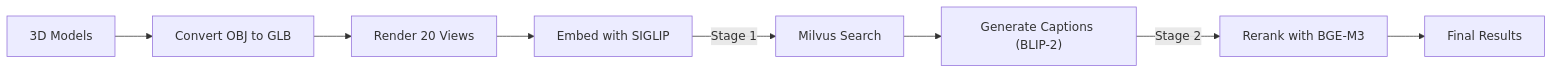
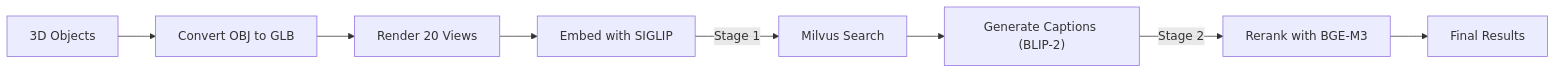
Before and after one commit to longle325/3d-object-retrieval: the diagram in README.md, drawn with Mermaid.

````diff
--- a/README.md
+++ b/README.md
@@ -69,10 +69,10 @@
 ```mermaid
 flowchart LR
-    A["3D Models"] --> B["Convert OBJ to GLB"]
+    A["3D Objects"] --> B["Convert OBJ to GLB"]
     B --> C["Render 20 Views"]
     C --> D["Embed with SIGLIP"]
     D -- "Stage 1" --> E["Milvus Search"]
     E --> F["Generate Captions (BLIP-2)"]
     F -- "Stage 2" --> G["Rerank with BGE-M3"]
     G --> H["Final Results"]
 ```
````
